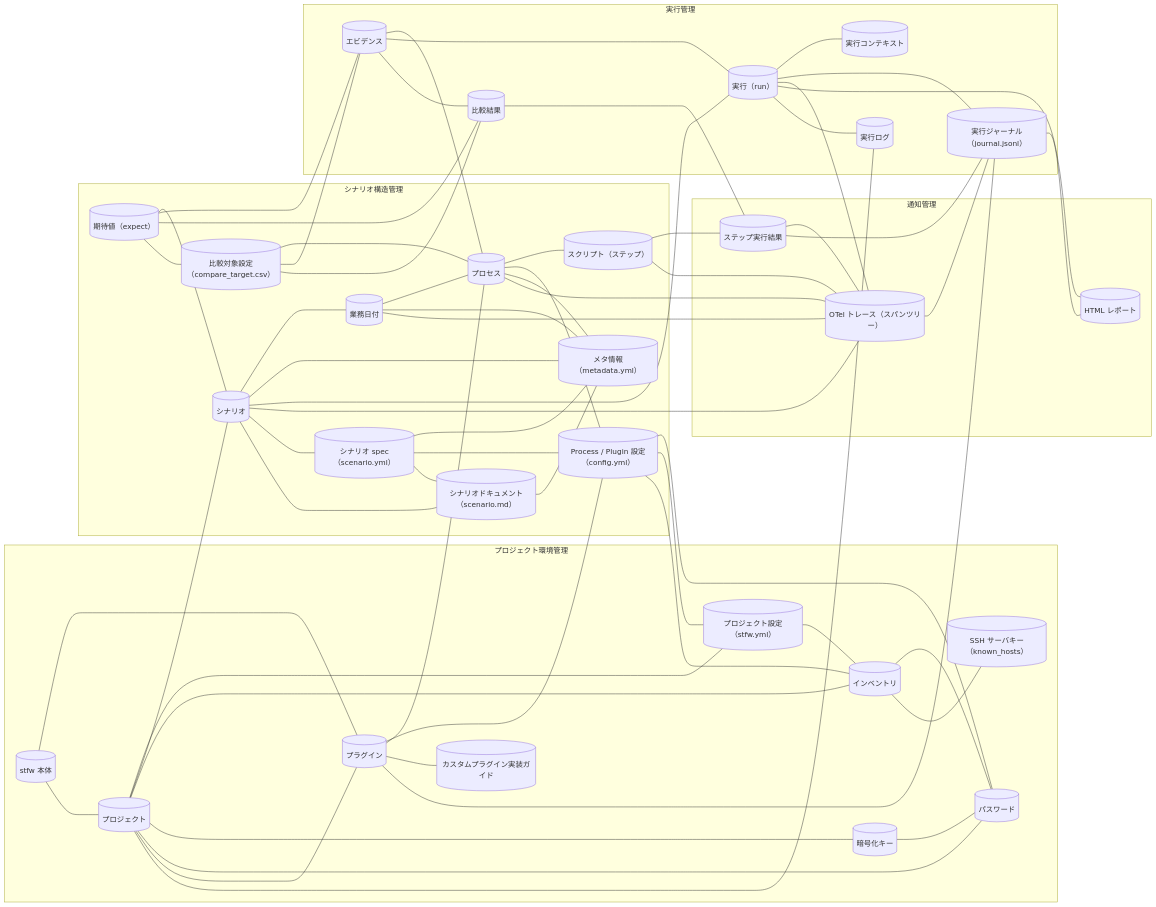
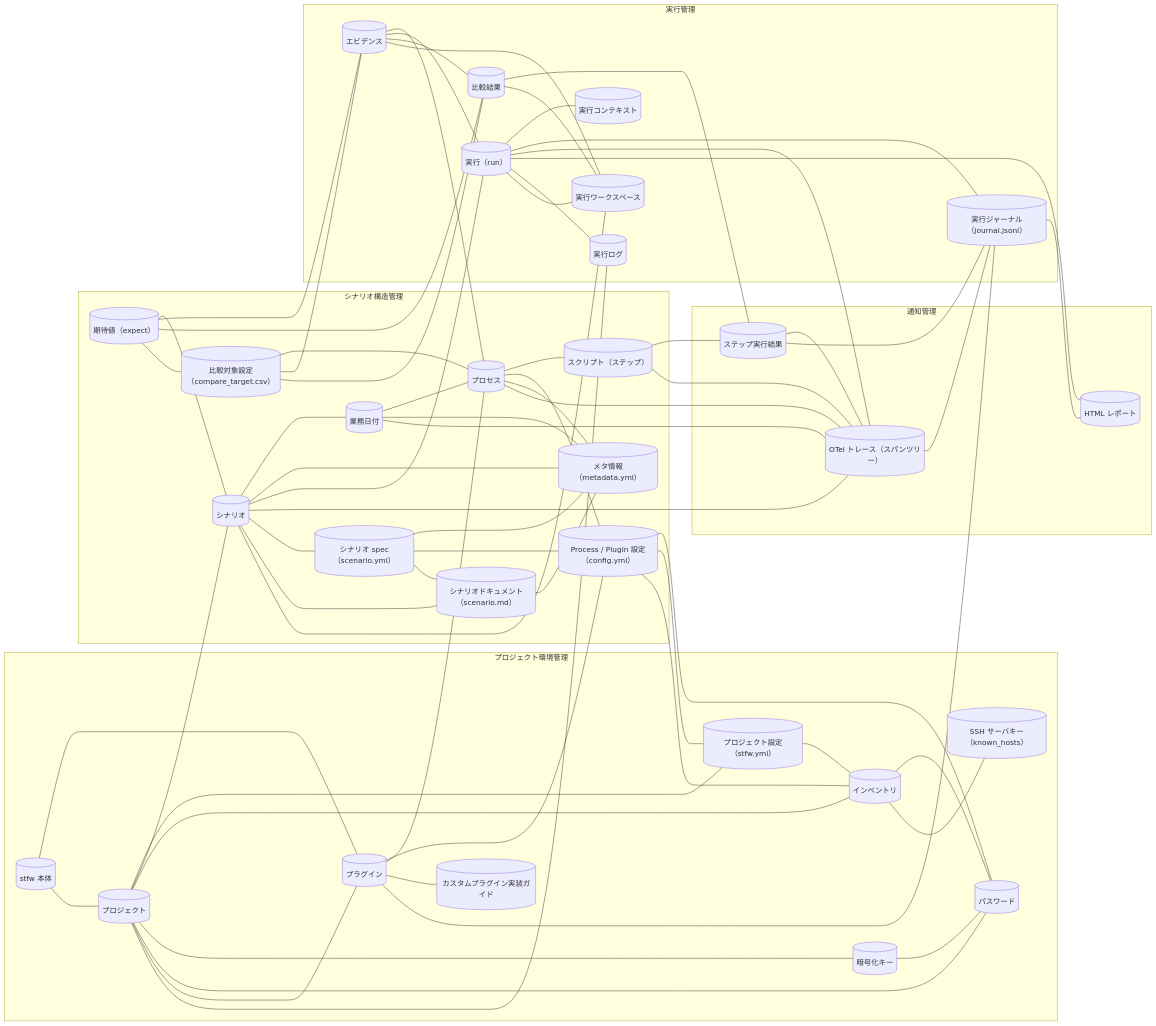
Before and after one commit to scenario-test-framework/stfw: the diagram in docs/rdra/latest/views/05_情報モデル.md, drawn with Mermaid. The commit also changed other lines of this file and 44 other files, not shown here.

````diff
--- a/docs/rdra/latest/views/05_情報モデル.md
+++ b/docs/rdra/latest/views/05_情報モデル.md
@@ -36,11 +36,12 @@
     IF23[("実行ジャーナル（journal.jsonl）")]
     IF24[("エビデンス")]
     IF25[("比較結果")]
+    IF26[("実行ワークスペース")]
   end
   subgraph CX4["通知管理"]
-    IF26[("ステップ実行結果")]
-    IF27[("OTel トレース（スパンツリー）")]
-    IF28[("HTML レポート")]
+    IF27[("ステップ実行結果")]
+    IF28[("OTel トレース（スパンツリー）")]
+    IF29[("HTML レポート")]
   end
   IF1 --- IF7
   IF1 --- IF2
@@ -62,29 +63,30 @@
   IF10 --- IF11
   IF10 --- IF15
   IF10 --- IF20
-  IF10 --- IF27
+  IF10 --- IF28
   IF10 --- IF17
   IF10 --- IF18
   IF11 --- IF12
   IF11 --- IF15
-  IF11 --- IF27
+  IF11 --- IF28
   IF12 --- IF13
   IF12 --- IF14
   IF12 --- IF15
-  IF12 --- IF27
-  IF13 --- IF26
+  IF12 --- IF28
+  IF13 --- IF27
   IF14 --- IF6
   IF14 --- IF3
   IF20 --- IF21
   IF20 --- IF23
-  IF20 --- IF27
   IF20 --- IF28
+  IF20 --- IF29
   IF20 --- IF22
-  IF26 --- IF27
-  IF26 --- IF23
+  IF20 --- IF26
+  IF27 --- IF28
   IF27 --- IF23
-  IF27 --- IF13
-  IF23 --- IF28
+  IF28 --- IF23
+  IF28 --- IF13
+  IF23 --- IF29
   IF23 --- IF7
   IF16 --- IF10
   IF16 --- IF24
@@ -93,6 +95,8 @@
   IF24 --- IF12
   IF24 --- IF20
   IF24 --- IF25
+  IF24 --- IF26
+  IF25 --- IF27
   IF25 --- IF26
   IF17 --- IF15
   IF17 --- IF14
@@ -101,4 +105,5 @@
   IF19 --- IF12
   IF19 --- IF24
   IF19 --- IF25
+  IF26 --- IF10
 ```
````
